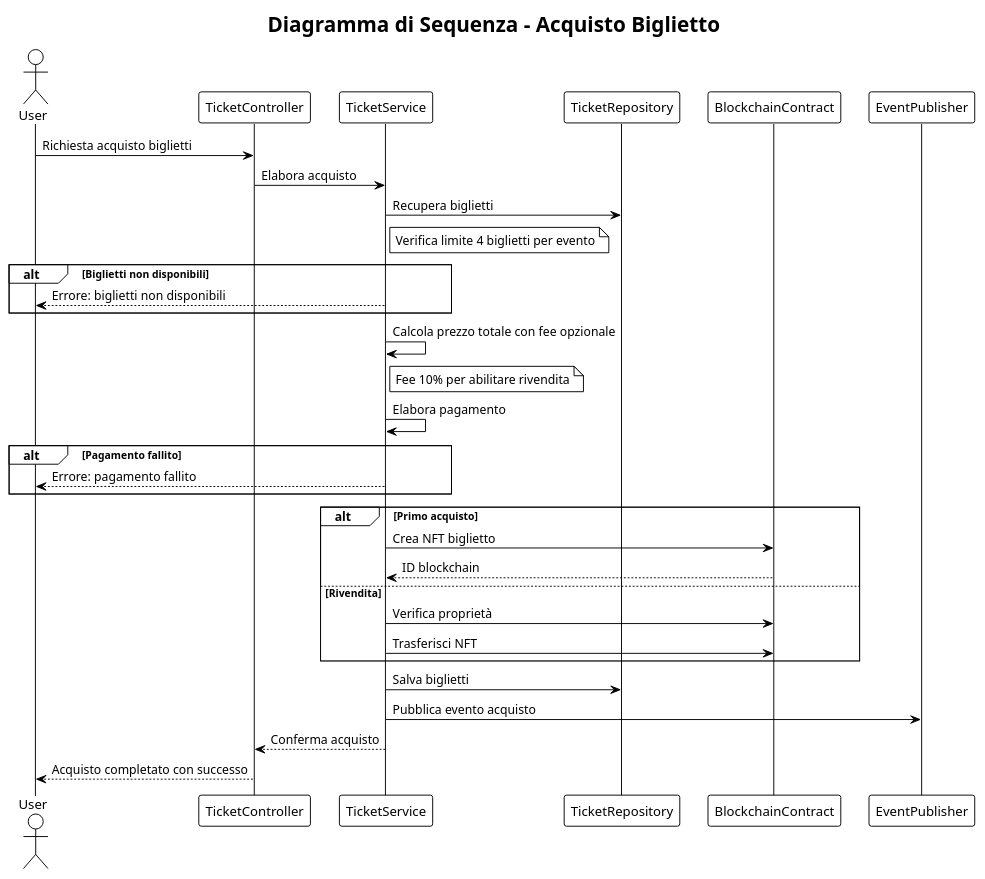
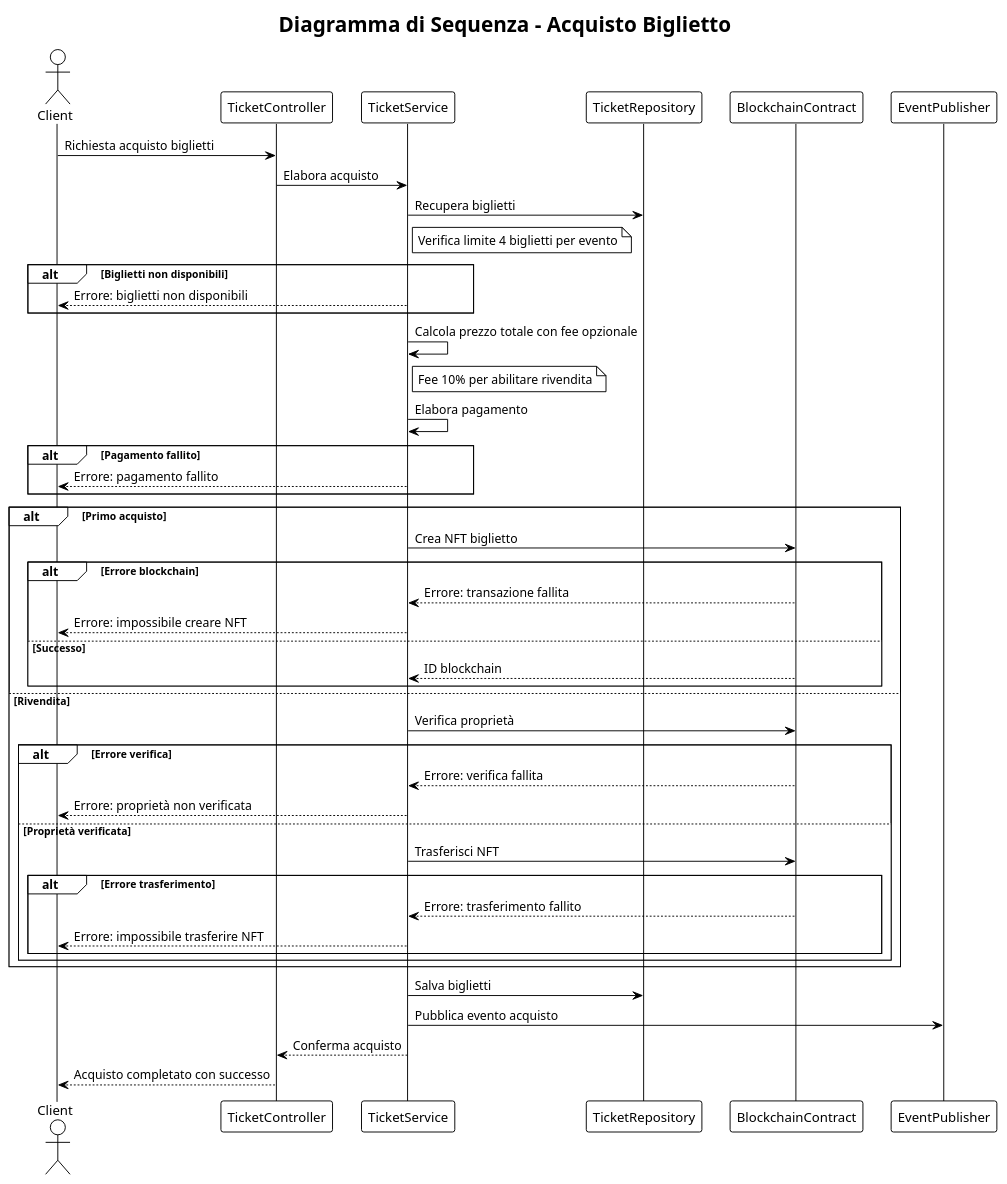
Before and after one commit to s-lusito/TicketBlock-Ing_Sw: the diagram in docs/plantuml/sequence-ticket-purchase.puml, drawn with PlantUML. The commit also changed 14 other files, not shown here.

Commit message:
Update diagrams: Client actor, blockchain errors, and add frontend class diagram

```diff
--- a/docs/plantuml/sequence-ticket-purchase.puml
+++ b/docs/plantuml/sequence-ticket-purchase.puml
@@ -1,45 +1,59 @@
 @startuml Acquisto Biglietto
 !theme plain
 title Diagramma di Sequenza - Acquisto Biglietto
 
-actor User
+actor Client
 participant TicketController
 participant TicketService
 participant TicketRepository
 participant BlockchainContract
 participant EventPublisher
 
-User -> TicketController: Richiesta acquisto biglietti
+Client -> TicketController: Richiesta acquisto biglietti
 TicketController -> TicketService: Elabora acquisto
 
 TicketService -> TicketRepository: Recupera biglietti
 note right of TicketService: Verifica limite 4 biglietti per evento
 
 alt Biglietti non disponibili
-    TicketService --> User: Errore: biglietti non disponibili
+    TicketService --> Client: Errore: biglietti non disponibili
 end
 
 TicketService -> TicketService: Calcola prezzo totale con fee opzionale
 note right of TicketService: Fee 10% per abilitare rivendita
 
 TicketService -> TicketService: Elabora pagamento
 
 alt Pagamento fallito
-    TicketService --> User: Errore: pagamento fallito
+    TicketService --> Client: Errore: pagamento fallito
 end
 
 alt Primo acquisto
     TicketService -> BlockchainContract: Crea NFT biglietto
-    BlockchainContract --> TicketService: ID blockchain
+    alt Errore blockchain
+        BlockchainContract --> TicketService: Errore: transazione fallita
+        TicketService --> Client: Errore: impossibile creare NFT
+    else Successo
+        BlockchainContract --> TicketService: ID blockchain
+    end
 else Rivendita
     TicketService -> BlockchainContract: Verifica proprietà
-    TicketService -> BlockchainContract: Trasferisci NFT
+    alt Errore verifica
+        BlockchainContract --> TicketService: Errore: verifica fallita
+        TicketService --> Client: Errore: proprietà non verificata
+    else Proprietà verificata
+        TicketService -> BlockchainContract: Trasferisci NFT
+        alt Errore trasferimento
+            BlockchainContract --> TicketService: Errore: trasferimento fallito
+            TicketService --> Client: Errore: impossibile trasferire NFT
+        end
+    end
 end
 
 TicketService -> TicketRepository: Salva biglietti
 TicketService -> EventPublisher: Pubblica evento acquisto
 
 TicketService --> TicketController: Conferma acquisto
-TicketController --> User: Acquisto completato con successo
+TicketController --> Client: Acquisto completato con successo
 
 @enduml
```
